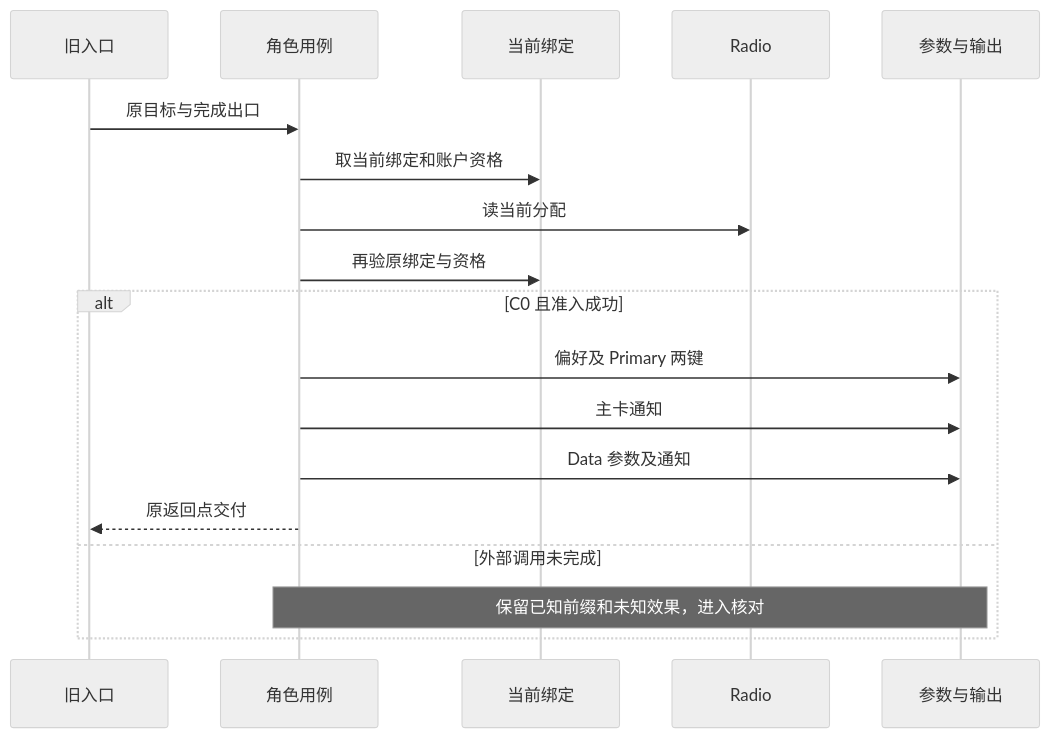
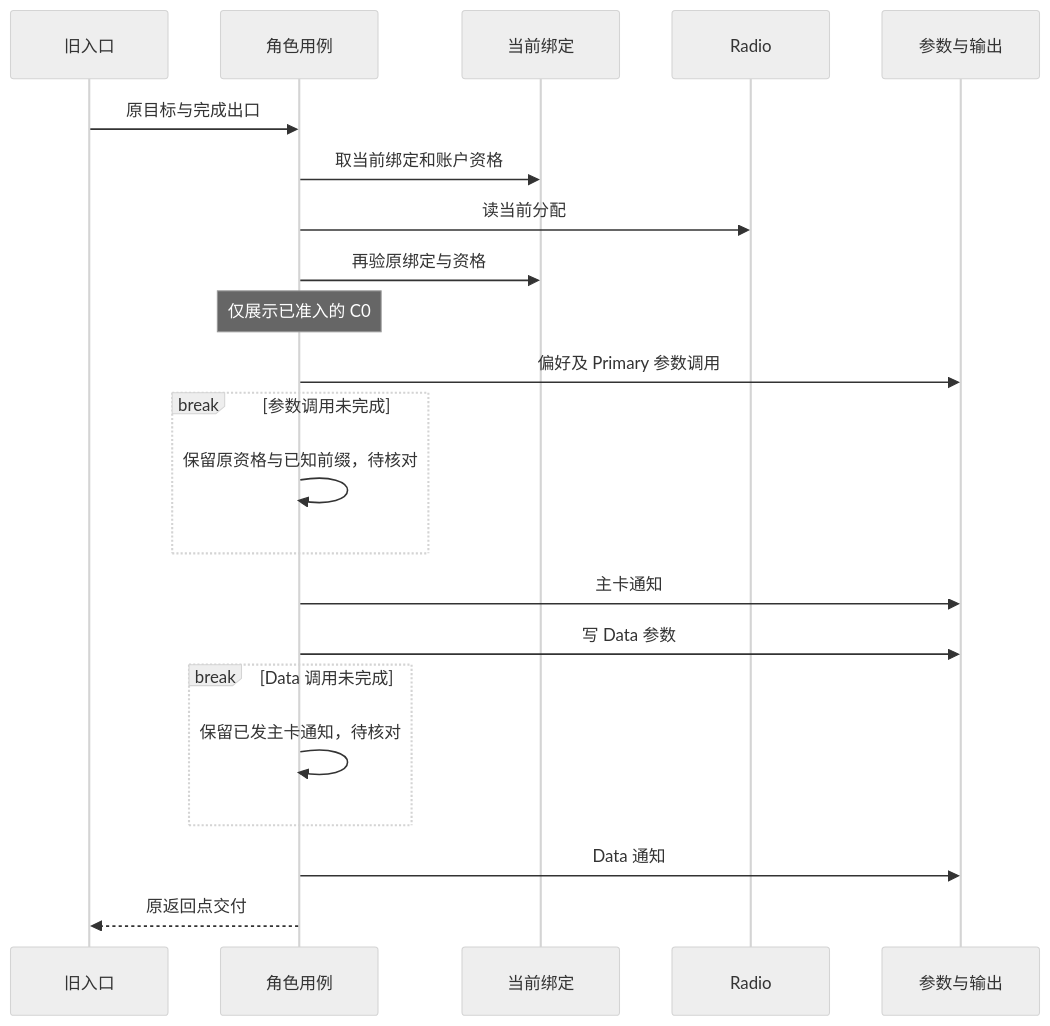
The fifth of 6 diagrams in telephony_core_service/docs/history/reviews/SIM_Architecture_Independent_Review_20261119.md (zjuluowu/multisim), drawn with Mermaid (neutral theme) before and after one commit. The commit also changed other lines of this file and 5 other files, not shown here.

````diff
--- a/telephony_core_service/docs/history/reviews/SIM_Architecture_Independent_Review_20261119.md
+++ b/telephony_core_service/docs/history/reviews/SIM_Architecture_Independent_Review_20261119.md
@@ -145,20 +145,24 @@
 ```mermaid
 sequenceDiagram
     participant C as 旧入口
     participant A as 角色用例
     participant T as 当前绑定
     participant R as Radio
     participant I as 参数与输出
     C->>A: 原目标与完成出口
     A->>T: 取当前绑定和账户资格
     A->>R: 读当前分配
     A->>T: 再验原绑定与资格
-    alt C0 且准入成功
-        A->>I: 偏好及 Primary 两键
-        A->>I: 主卡通知
-        A->>I: Data 参数及通知
-        A-->>C: 原返回点交付
-    else 外部调用未完成
-        Note over A,I: 保留已知前缀和未知效果，进入核对
+    Note over A: 仅展示已准入的 C0
+    A->>I: 偏好及 Primary 参数调用
+    break 参数调用未完成
+        A->>A: 保留原资格与已知前缀，待核对
     end
+    A->>I: 主卡通知
+    A->>I: 写 Data 参数
+    break Data 调用未完成
+        A->>A: 保留已发主卡通知，待核对
+    end
+    A->>I: Data 通知
+    A-->>C: 原返回点交付
 ```
````
